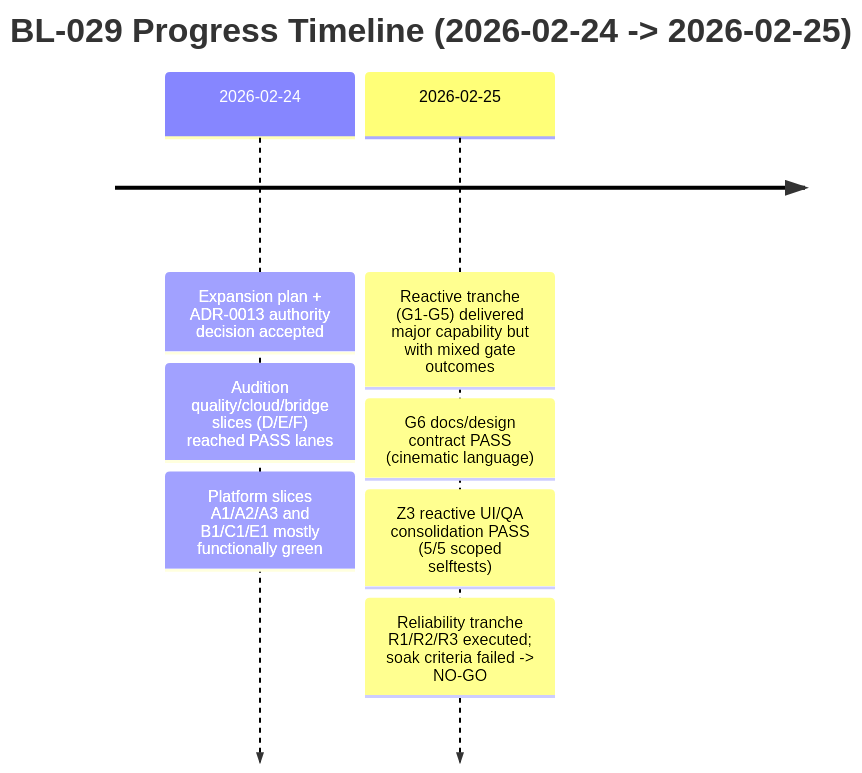
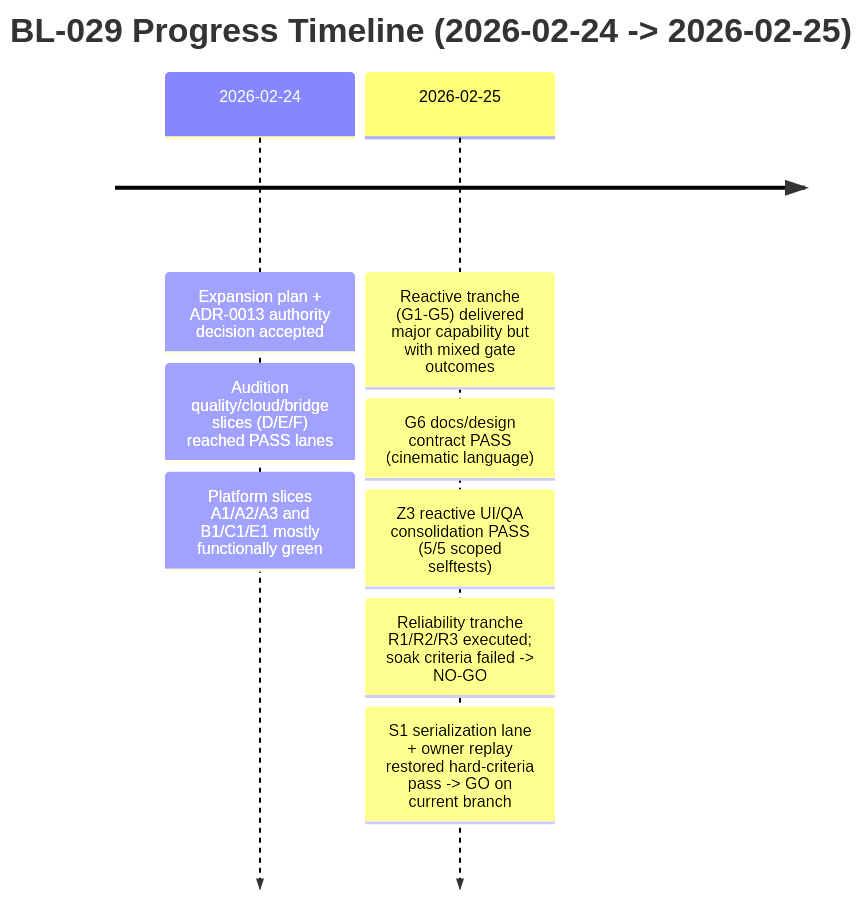
The second of 3 diagrams in Documentation/backlog/bl-029-audition-platform-retrospective-2026-02-25.md (joshband/LocusQ), drawn with Mermaid before and after one commit. The commit also changed other lines of this file and 5 other files, not shown here.

````diff
--- a/Documentation/backlog/bl-029-audition-platform-retrospective-2026-02-25.md
+++ b/Documentation/backlog/bl-029-audition-platform-retrospective-2026-02-25.md
@@ -87,11 +87,12 @@
 ```mermaid
 timeline
     title BL-029 Progress Timeline (2026-02-24 -> 2026-02-25)
     2026-02-24 : Expansion plan + ADR-0013 authority decision accepted
                : Audition quality/cloud/bridge slices (D/E/F) reached PASS lanes
                : Platform slices A1/A2/A3 and B1/C1/E1 mostly functionally green
     2026-02-25 : Reactive tranche (G1-G5) delivered major capability but with mixed gate outcomes
                : G6 docs/design contract PASS (cinematic language)
                : Z3 reactive UI/QA consolidation PASS (5/5 scoped selftests)
                : Reliability tranche R1/R2/R3 executed; soak criteria failed -> NO-GO
+               : S1 serialization lane + owner replay restored hard-criteria pass -> GO on current branch
 ```
````
